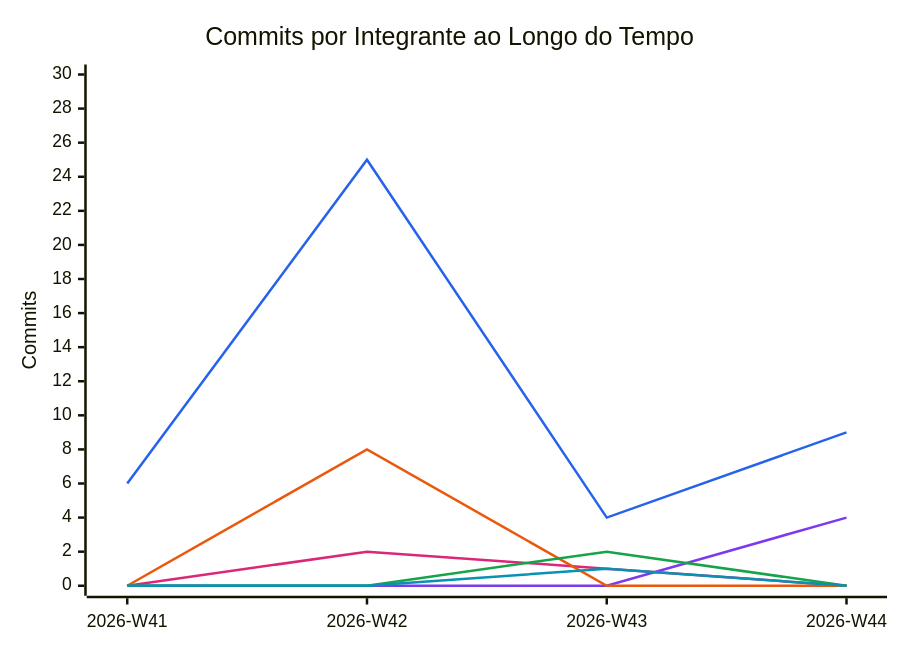
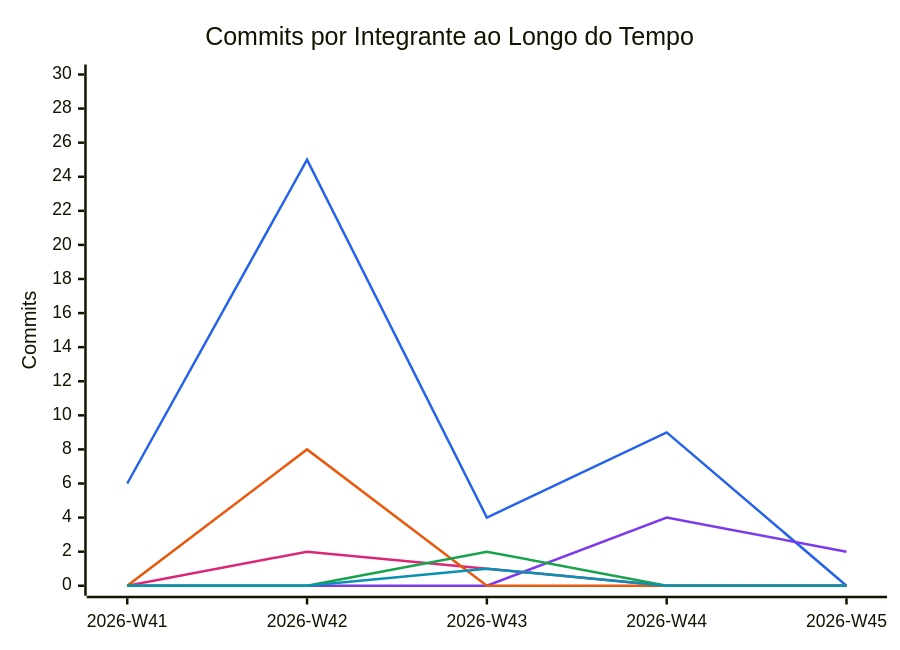
The diagram in documentation/snippets/management/commit-velocity.mmd (FCTE-Qualidade-de-Software-1/2026-2_T02_FRANS_BILAS), drawn with Mermaid before and after one commit. The commit also changed 3 other files, not shown here.

```diff
--- a/documentation/snippets/management/commit-velocity.mmd
+++ b/documentation/snippets/management/commit-velocity.mmd
@@ -1,11 +1,11 @@
 %%{init: {"themeVariables": {"xyChart": {"plotColorPalette": "#2563eb, #7c3aed, #db2777, #ea580c, #16a34a, #0891b2"}}}}%%
 xychart-beta
     title "Commits por Integrante ao Longo do Tempo"
-    x-axis ["2026-W41", "2026-W42", "2026-W43", "2026-W44"]
+    x-axis ["2026-W41", "2026-W42", "2026-W43", "2026-W44", "2026-W45"]
     y-axis "Commits" 0 --> 30
-    line [6, 25, 4, 9]
-    line [0, 0, 0, 4]
-    line [0, 2, 1, 0]
-    line [0, 8, 0, 0]
-    line [0, 0, 2, 0]
-    line [0, 0, 1, 0]
+    line [6, 25, 4, 9, 0]
+    line [0, 0, 0, 4, 2]
+    line [0, 2, 1, 0, 0]
+    line [0, 8, 0, 0, 0]
+    line [0, 0, 2, 0, 0]
+    line [0, 0, 1, 0, 0]
```
